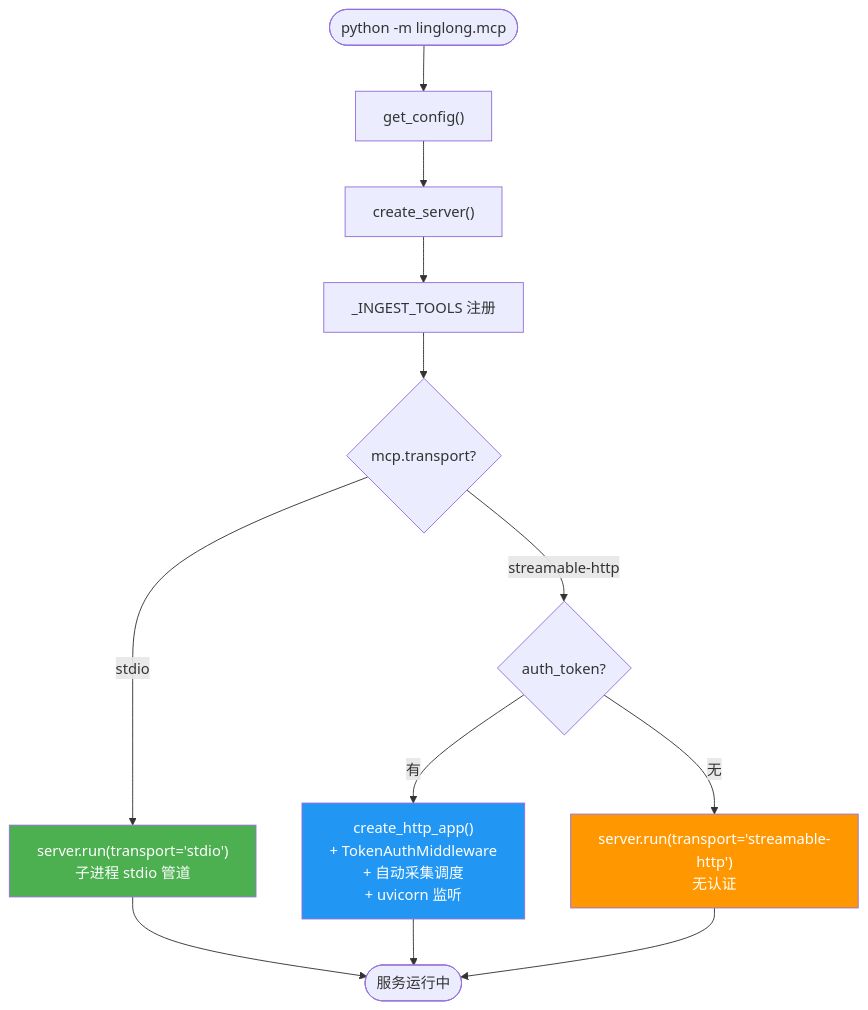
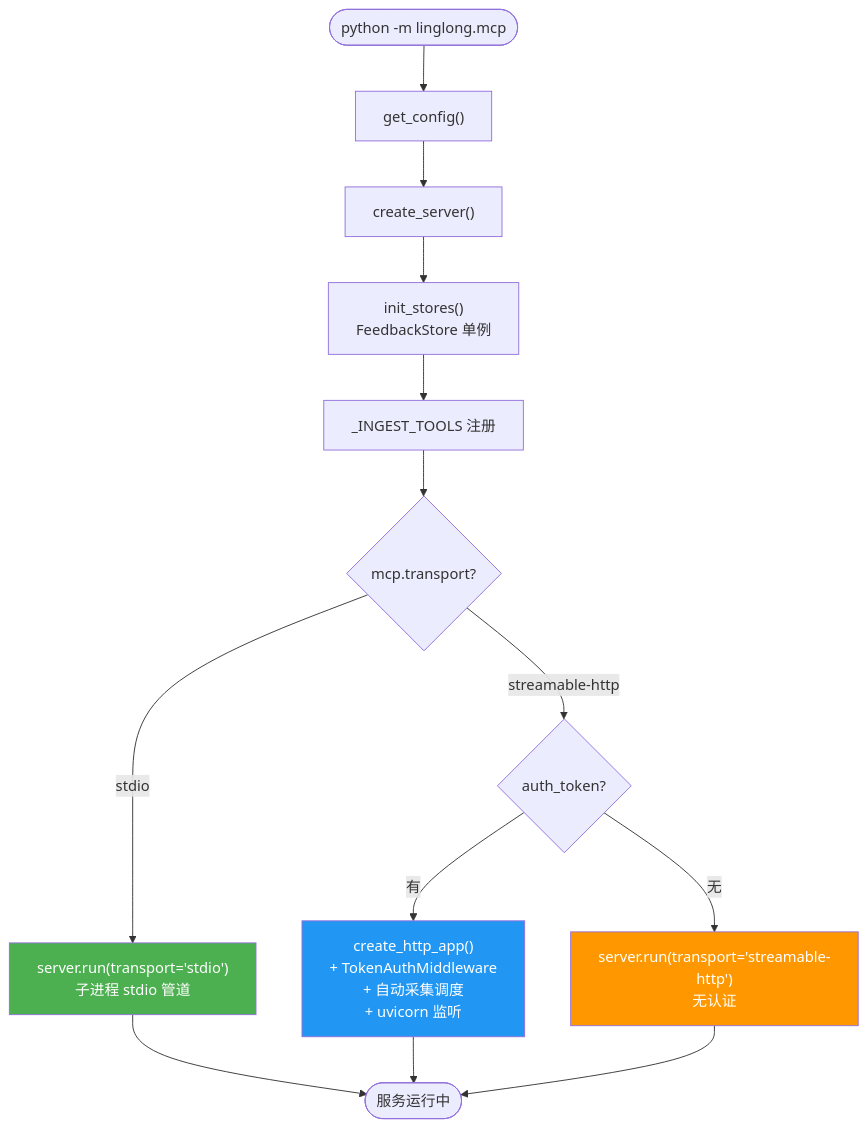
Before and after one commit to xinovate/linglong-scout: the first of 4 diagrams in docs/design/06-mcp.md, drawn with Mermaid. The commit also changed other lines of this file and 19 other files, not shown here.

````diff
--- a/docs/design/06-mcp.md
+++ b/docs/design/06-mcp.md
@@ -15,21 +15,22 @@
 ```mermaid
 flowchart TD
     START(["python -m linglong.mcp"]) --> CONFIG["get_config()"]
     CONFIG --> CREATE["create_server()"]
-    CREATE --> REGISTER["_INGEST_TOOLS 注册"]
+    CREATE --> INIT["init_stores()<br/>FeedbackStore 单例"]
+    INIT --> REGISTER["_INGEST_TOOLS 注册"]
     REGISTER --> TRANSPORT{mcp.transport?}
 
     TRANSPORT -->|stdio| STDIO["server.run(transport='stdio')<br/>子进程 stdio 管道"]
     TRANSPORT -->|streamable-http| HTTP_CHECK{auth_token?}
 
     HTTP_CHECK -->|有| HTTP_AUTH["create_http_app()<br/>+ TokenAuthMiddleware<br/>+ 自动采集调度<br/>+ uvicorn 监听"]
     HTTP_CHECK -->|无| HTTP_NOAUTH["server.run(transport='streamable-http')<br/>无认证"]
 
     STDIO --> RUNNING(["服务运行中"])
     HTTP_AUTH --> RUNNING
     HTTP_NOAUTH --> RUNNING
 
     style STDIO fill:#4CAF50,color:#fff
     style HTTP_AUTH fill:#2196F3,color:#fff
     style HTTP_NOAUTH fill:#FF9800,color:#fff
 ```
````
